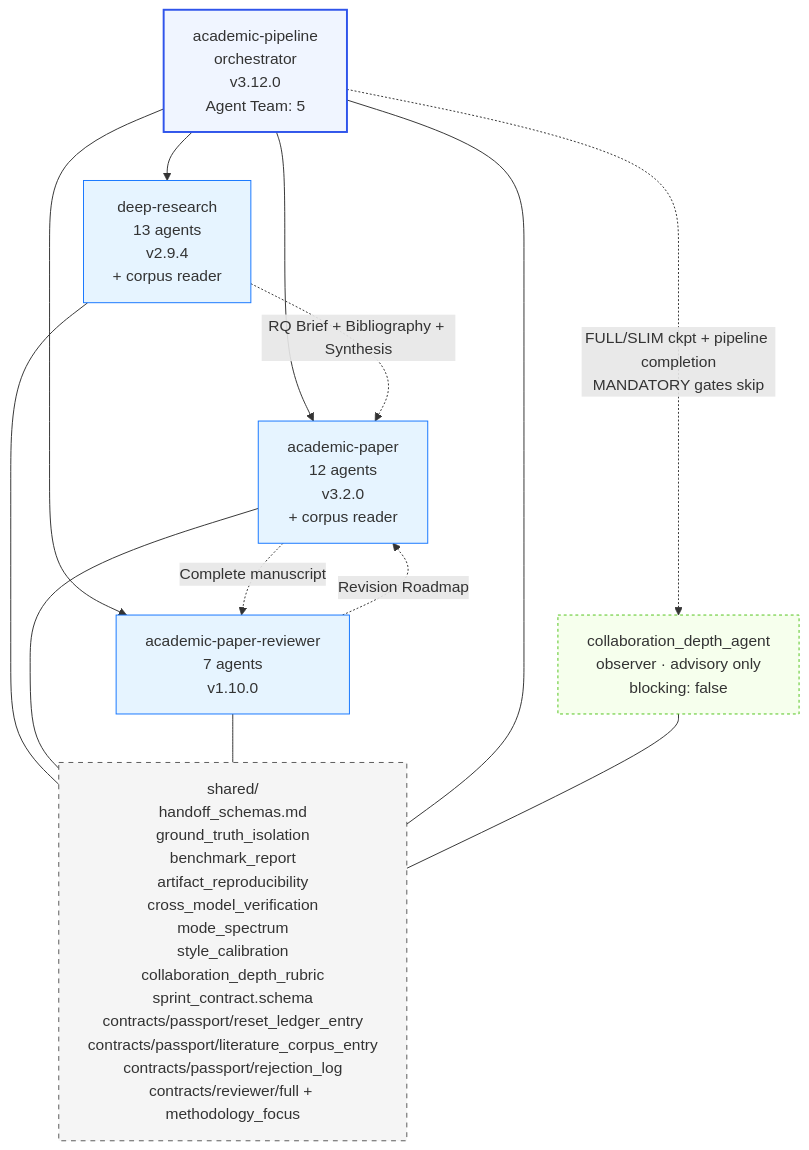
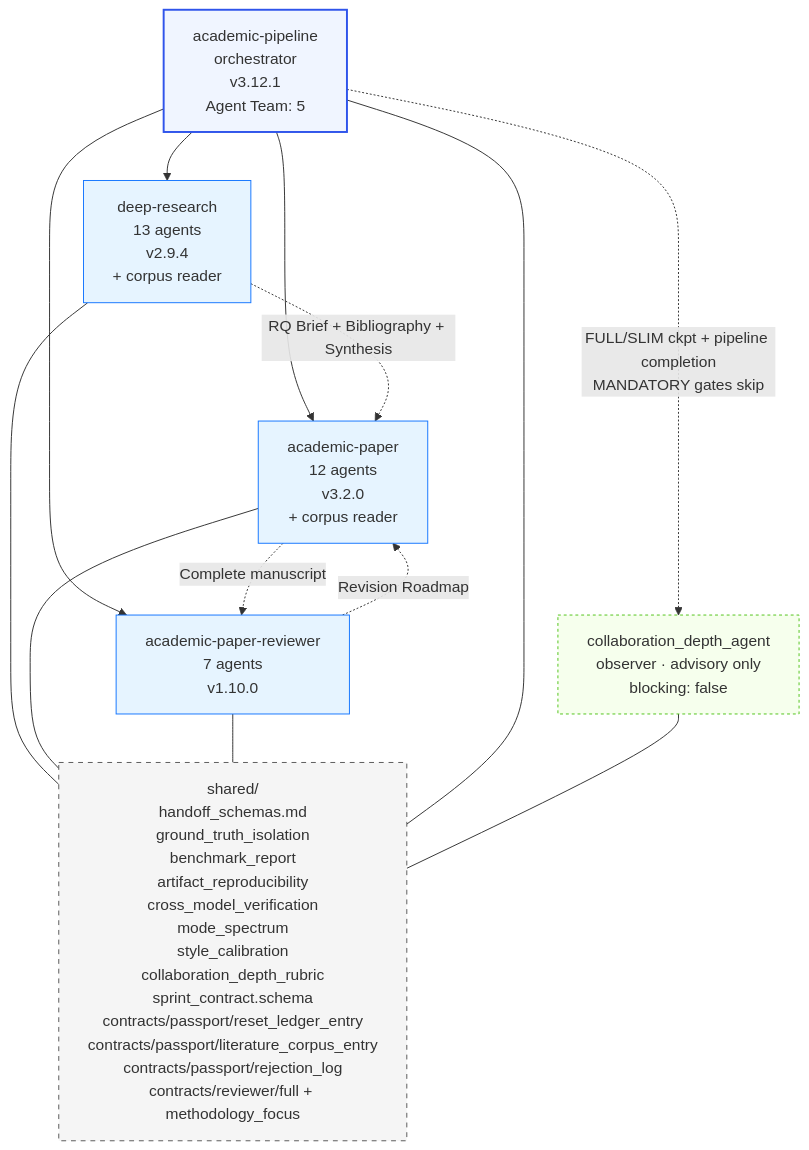
The fourth of 5 diagrams in docs/ARCHITECTURE.md (Imbad0202/academic-research-skills), drawn with Mermaid before and after one commit. The commit also changed other lines of this file and 11 other files, not shown here.

````diff
--- a/docs/ARCHITECTURE.md
+++ b/docs/ARCHITECTURE.md
@@ -201,31 +201,31 @@
 ```mermaid
 graph TD
-    Pipeline[academic-pipeline<br/>orchestrator<br/>v3.12.0<br/>Agent Team: 5]
+    Pipeline[academic-pipeline<br/>orchestrator<br/>v3.12.1<br/>Agent Team: 5]
     Observer[collaboration_depth_agent<br/>observer · advisory only<br/>blocking: false]
     DR[deep-research<br/>13 agents<br/>v2.9.4<br/>+ corpus reader]
     AP[academic-paper<br/>12 agents<br/>v3.2.0<br/>+ corpus reader]
     APR[academic-paper-reviewer<br/>7 agents<br/>v1.10.0]
     Shared[shared/<br/>handoff_schemas.md<br/>ground_truth_isolation<br/>benchmark_report<br/>artifact_reproducibility<br/>cross_model_verification<br/>mode_spectrum<br/>style_calibration<br/>collaboration_depth_rubric<br/>sprint_contract.schema<br/>contracts/passport/reset_ledger_entry<br/>contracts/passport/literature_corpus_entry<br/>contracts/passport/rejection_log<br/>contracts/reviewer/full + methodology_focus]
 
     Pipeline --> DR
     Pipeline --> AP
     Pipeline --> APR
     Pipeline -. "FULL/SLIM ckpt + pipeline completion<br/>MANDATORY gates skip" .-> Observer
     DR -. "RQ Brief + Bibliography + Synthesis" .-> AP
     AP -. "Complete manuscript" .-> APR
     APR -. "Revision Roadmap" .-> AP
     DR --- Shared
     AP --- Shared
     APR --- Shared
     Pipeline --- Shared
     Observer --- Shared
 
     classDef orch fill:#f0f5ff,stroke:#2f54eb,stroke-width:2px
     classDef skill fill:#e6f4ff,stroke:#1677ff
     classDef shared fill:#f5f5f5,stroke:#595959,stroke-dasharray:5 5
     classDef observer fill:#f6ffed,stroke:#52c41a,stroke-dasharray:3 3
     class Pipeline orch
     class DR,AP,APR skill
     class Shared shared
     class Observer observer
 ```
````
